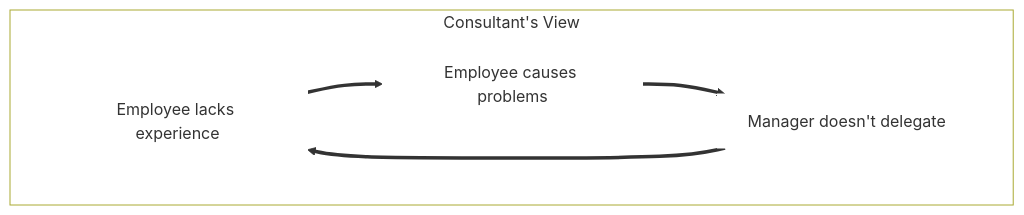
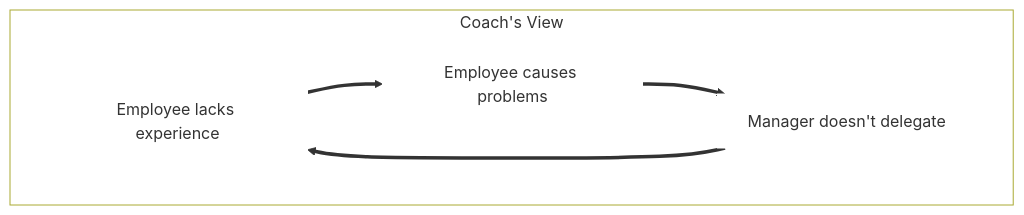
The fifth of 9 diagrams in _drafts/Grown-Up-Thinking.md (rowdenw/rowdenw.github.io), drawn with Mermaid before and after one commit. The commit also changed other lines of this file, not shown here.

````diff
--- a/_drafts/Grown-Up-Thinking.md
+++ b/_drafts/Grown-Up-Thinking.md
@@ -103,11 +100,11 @@
 ```mermaid
 graph TD
-	subgraph c[Consultant's View]
+	subgraph c[Coach's View]
   	cE[Employee lacks experience] ==>
 		cP[Employee causes problems] ==>
 		cM[Manager doesn't delegate] ==> cE
 	end
 
 	classDef default fill:#FFFFFF, stroke:#FFFFFF
 	style c fill:#FFFFFF
 ```
````
